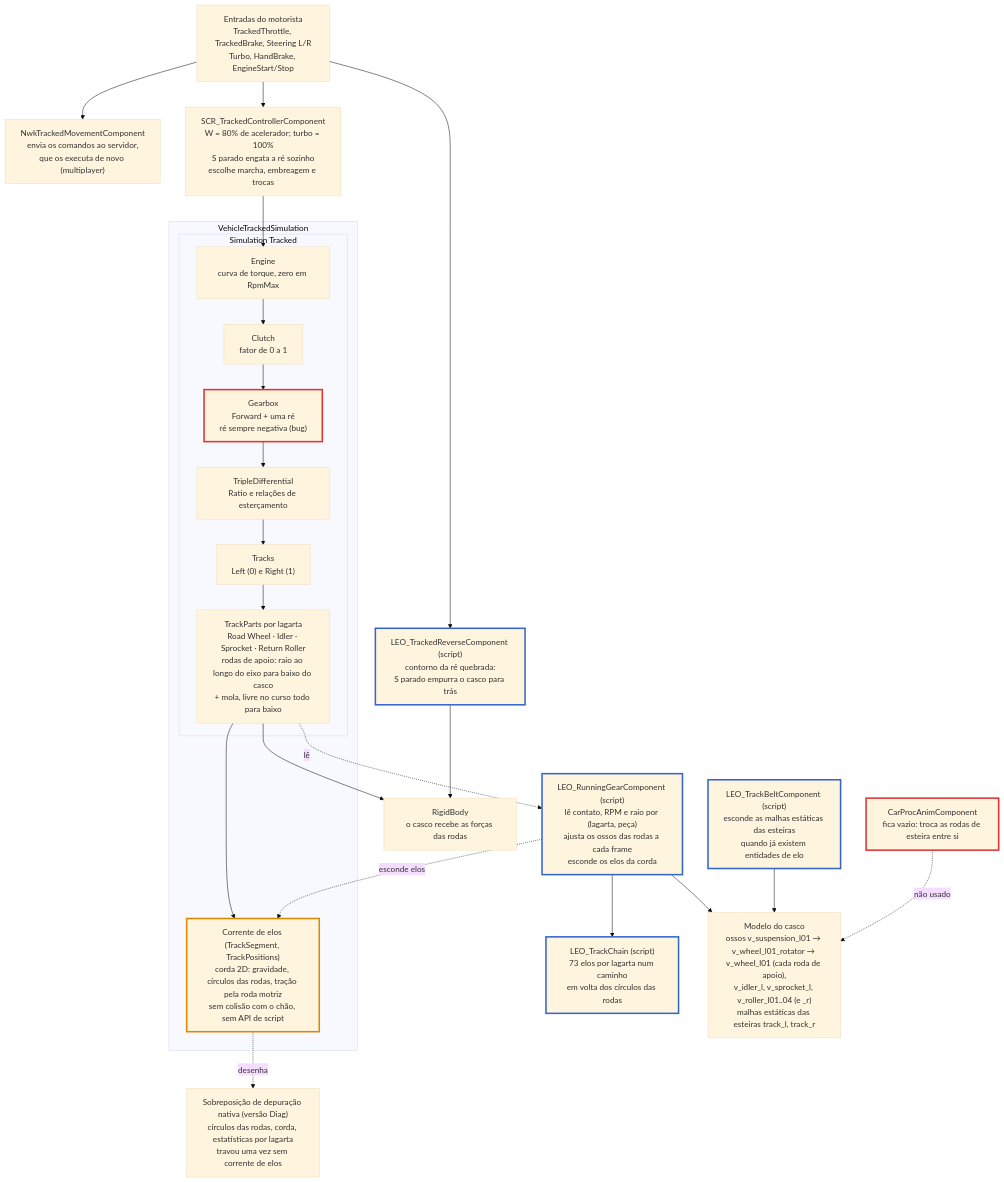
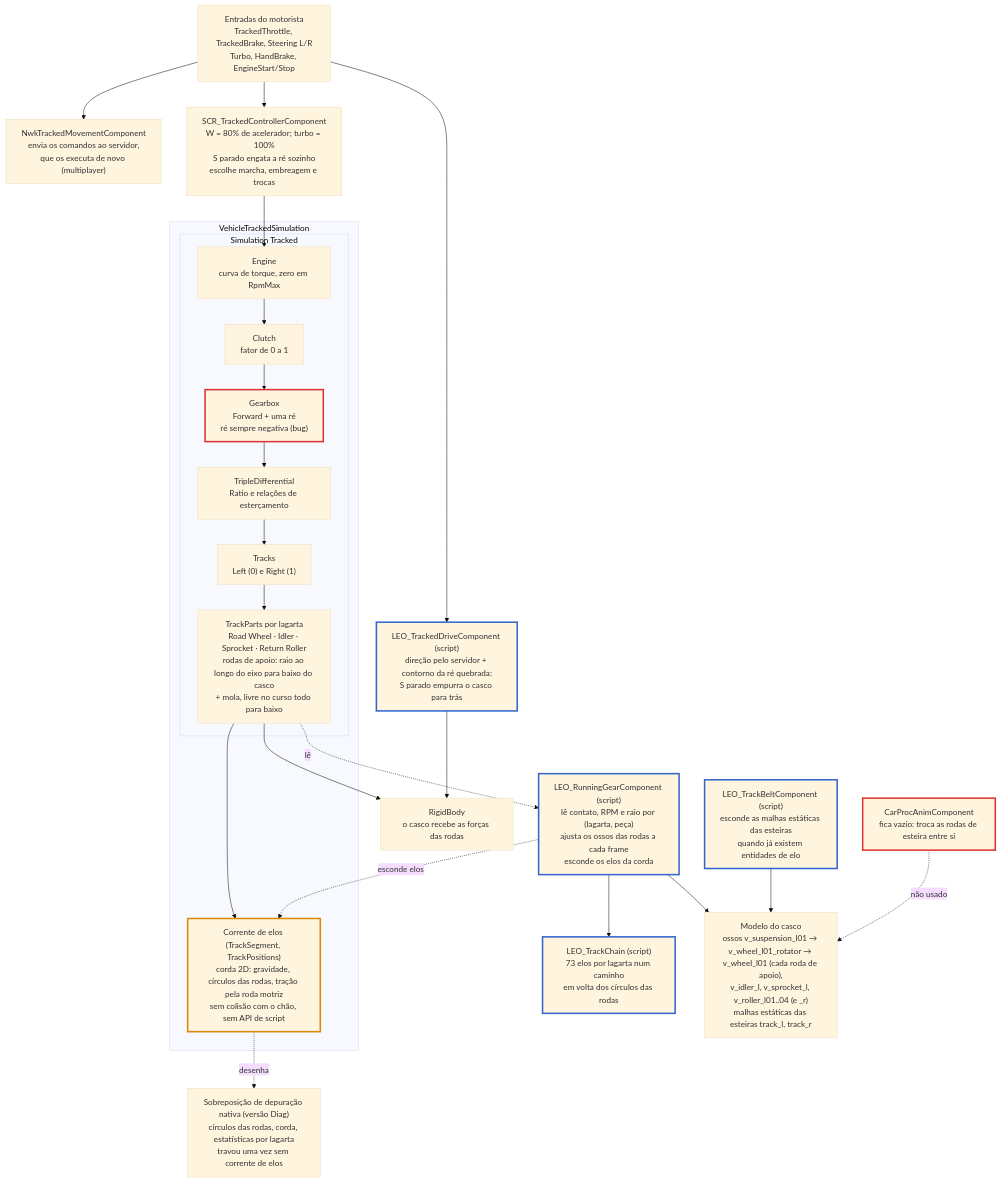
Before and after one commit to Kiichiuwu/arma-reforger-tracked-vehicle-guide: the diagram in docs/pt-BR/02-architecture.md, drawn with Mermaid (base theme). The commit also changed other lines of this file and 31 other files, not shown here.

````diff
--- a/docs/pt-BR/02-architecture.md
+++ b/docs/pt-BR/02-architecture.md
@@ -7,44 +7,44 @@
 ```mermaid
 flowchart TD
   IN["Entradas do motorista<br/>TrackedThrottle, TrackedBrake, Steering L/R<br/>Turbo, HandBrake, EngineStart/Stop"]
   NWK["NwkTrackedMovementComponent<br/>envia os comandos ao servidor,<br/>que os executa de novo (multiplayer)"]
   CTL["SCR_TrackedControllerComponent<br/>W = 80% de acelerador; turbo = 100%<br/>S parado engata a ré sozinho<br/>escolhe marcha, embreagem e trocas"]
-  REV["LEO_TrackedReverseComponent (script)<br/>contorno da ré quebrada:<br/>S parado empurra o casco para trás"]
+  REV["LEO_TrackedDriveComponent (script)<br/>direção pelo servidor + contorno da ré quebrada:<br/>S parado empurra o casco para trás"]
   subgraph VTS["VehicleTrackedSimulation"]
     subgraph SIM["Simulation Tracked"]
       ENG["Engine<br/>curva de torque, zero em RpmMax"] --> CLU["Clutch<br/>fator de 0 a 1"]
       CLU --> GBX["Gearbox<br/>Forward + uma ré<br/>ré sempre negativa (bug)"]
       GBX --> DIF["TripleDifferential<br/>Ratio e relações de esterçamento"]
       DIF --> TRK["Tracks<br/>Left (0) e Right (1)"]
       TRK --> WHL["TrackParts por lagarta<br/>Road Wheel · Idler · Sprocket · Return Roller<br/>rodas de apoio: raio ao longo do eixo para baixo do casco<br/>+ mola, livre no curso todo para baixo"]
     end
     CHN["Corrente de elos (TrackSegment, TrackPositions)<br/>corda 2D: gravidade, círculos das rodas, tração pela roda motriz<br/>sem colisão com o chão, sem API de script"]
   end
   RB["RigidBody<br/>o casco recebe as forças das rodas"]
   CPA["CarProcAnimComponent<br/>fica vazio: troca as rodas de esteira entre si"]
   GEAR["LEO_RunningGearComponent (script)<br/>lê contato, RPM e raio por (lagarta, peça)<br/>ajusta os ossos das rodas a cada frame<br/>esconde os elos da corda"]
   LCH["LEO_TrackChain (script)<br/>73 elos por lagarta num caminho<br/>em volta dos círculos das rodas"]
   BELT["LEO_TrackBeltComponent (script)<br/>esconde as malhas estáticas das esteiras<br/>quando já existem entidades de elo"]
   HULL["Modelo do casco<br/>ossos v_suspension_l01 → v_wheel_l01_rotator → v_wheel_l01 (cada roda de apoio),<br/>v_idler_l, v_sprocket_l, v_roller_l01..04 (e _r)<br/>malhas estáticas das esteiras track_l, track_r"]
   DBG["Sobreposição de depuração nativa (versão Diag)<br/>círculos das rodas, corda, estatísticas por lagarta<br/>travou uma vez sem corrente de elos"]
   IN --> CTL
   CTL --> ENG
   IN --> NWK
   IN --> REV
   WHL --> RB
   REV --> RB
   WHL --> CHN
   WHL -. lê .-> GEAR
   GEAR --> HULL
   GEAR --> LCH
   GEAR -. esconde elos .-> CHN
   BELT --> HULL
   CPA -. não usado .-> HULL
   CHN -. desenha .-> DBG
   classDef bug stroke:#d33,stroke-width:3px
   classDef warn stroke:#d80,stroke-width:3px
   classDef fix stroke:#36c,stroke-width:3px
   class GBX,CPA bug
   class CHN warn
   class REV,GEAR,LCH,BELT fix
 ```
````
